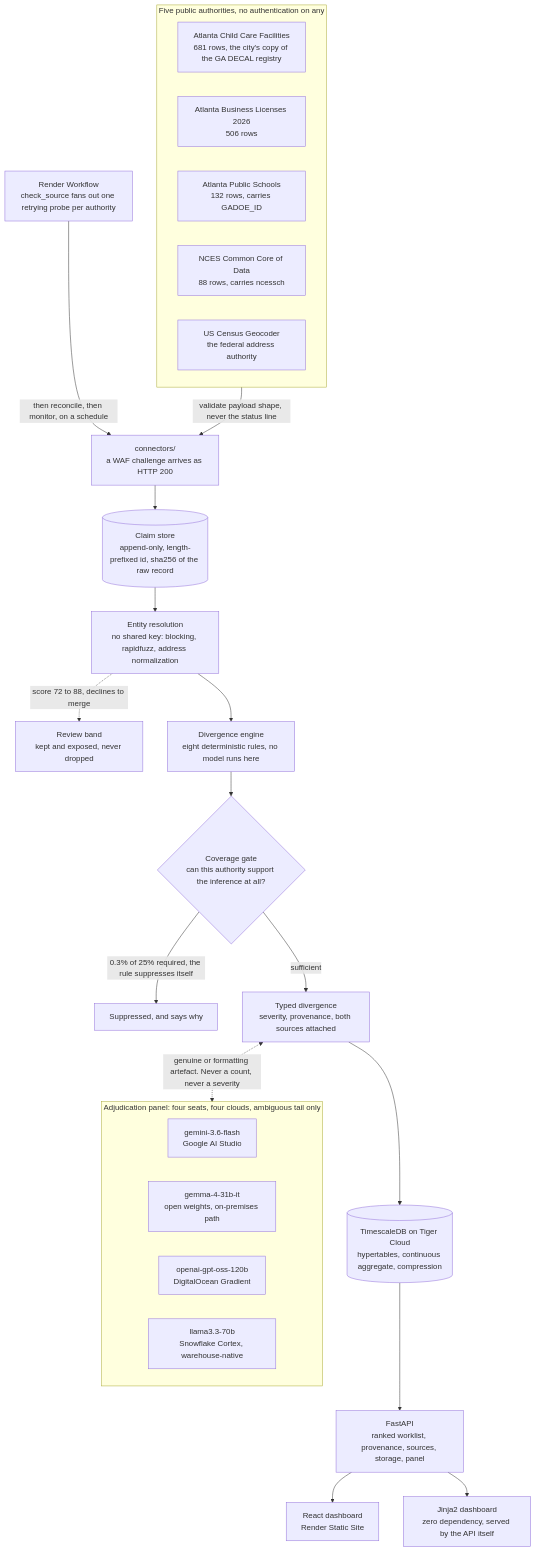
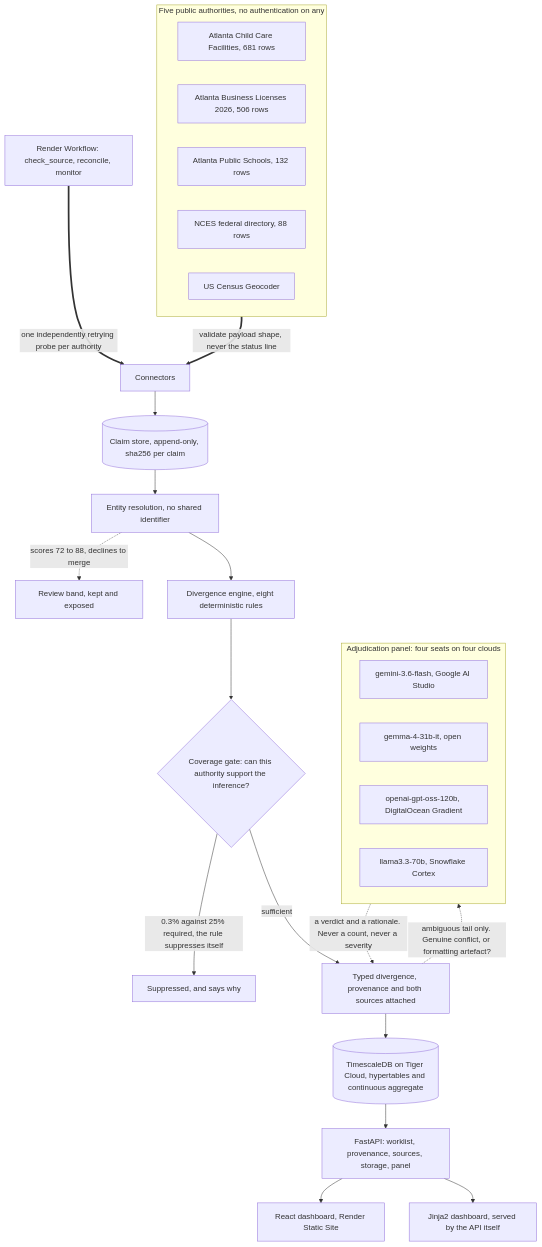
Before and after one commit to StephenSook/throughline: the diagram in README.md, drawn with Mermaid.

Commit message:
fix(readme): the architecture labels rendered as run-on text
GitHub's mermaid renderer strips the <br/> tags in node labels rather than
honouring them, so every two-line label rendered as one run-on string:
"Atlanta Child Care Facilities681 rows", "Render Workflowcheck_source".
Verified by reading the rendered page, not by assuming the syntax was portable.

Rewritten with single-line labels, so the qualifiers now live where they read
better anyway: on the edges, which is where the mechanism actually is. The
model boundary is drawn with dotted edges in both directions, so the one edge
a reader can delete without changing a number on any screen is visible as such.

````diff
--- a/README.md
+++ b/README.md
@@ -112,35 +112,36 @@
 ```mermaid
 flowchart TB
   subgraph SRC["Five public authorities, no authentication on any"]
     direction LR
-    CC["Atlanta Child Care Facilities<br/>681 rows, the city's copy of the GA DECAL registry"]
-    BL["Atlanta Business Licenses 2026<br/>506 rows"]
-    AS["Atlanta Public Schools<br/>132 rows, carries GADOE_ID"]
-    FS["NCES Common Core of Data<br/>88 rows, carries ncessch"]
-    GC["US Census Geocoder<br/>the federal address authority"]
+    CC["Atlanta Child Care Facilities, 681 rows"]
+    BL["Atlanta Business Licenses 2026, 506 rows"]
+    AS["Atlanta Public Schools, 132 rows"]
+    FS["NCES federal directory, 88 rows"]
+    GC["US Census Geocoder"]
   end
 
-  SRC -->|"validate payload shape, never the status line"| CONN["connectors/<br/>a WAF challenge arrives as HTTP 200"]
-  CONN --> STORE[("Claim store<br/>append-only, length-prefixed id, sha256 of the raw record")]
-  STORE --> RES["Entity resolution<br/>no shared key: blocking, rapidfuzz, address normalization"]
-  RES -.->|"score 72 to 88, declines to merge"| BAND["Review band<br/>kept and exposed, never dropped"]
-  RES --> DIV["Divergence engine<br/>eight deterministic rules, no model runs here"]
-  DIV --> GATE{"Coverage gate<br/>can this authority support the inference at all?"}
-  GATE -->|"0.3% of 25% required, the rule suppresses itself"| SUPP["Suppressed, and says why"]
-  GATE -->|"sufficient"| OUT["Typed divergence<br/>severity, provenance, both sources attached"]
-  OUT --> TS[("TimescaleDB on Tiger Cloud<br/>hypertables, continuous aggregate, compression")]
+  WF["Render Workflow: check_source, reconcile, monitor"] ==>|"one independently retrying probe per authority"| CONN
+  SRC ==>|"validate payload shape, never the status line"| CONN["Connectors"]
+  CONN --> STORE[("Claim store, append-only, sha256 per claim")]
+  STORE --> RES["Entity resolution, no shared identifier"]
+  RES -.->|"scores 72 to 88, declines to merge"| BAND["Review band, kept and exposed"]
+  RES --> DIV["Divergence engine, eight deterministic rules"]
+  DIV --> GATE{"Coverage gate: can this authority support the inference?"}
+  GATE -->|"0.3% against 25% required, the rule suppresses itself"| SUPP["Suppressed, and says why"]
+  GATE -->|"sufficient"| OUT["Typed divergence, provenance and both sources attached"]
+  OUT -.->|"ambiguous tail only. Genuine conflict, or formatting artefact?"| PANEL
+  PANEL -.->|"a verdict and a rationale. Never a count, never a severity"| OUT
+  OUT --> TS[("TimescaleDB on Tiger Cloud, hypertables and continuous aggregate")]
 
-  subgraph PANEL["Adjudication panel: four seats, four clouds, ambiguous tail only"]
+  subgraph PANEL["Adjudication panel: four seats on four clouds"]
     direction LR
-    P1["gemini-3.6-flash<br/>Google AI Studio"]
-    P2["gemma-4-31b-it<br/>open weights, on-premises path"]
-    P3["openai-gpt-oss-120b<br/>DigitalOcean Gradient"]
-    P4["llama3.3-70b<br/>Snowflake Cortex, warehouse-native"]
+    P1["gemini-3.6-flash, Google AI Studio"]
+    P2["gemma-4-31b-it, open weights"]
+    P3["openai-gpt-oss-120b, DigitalOcean Gradient"]
+    P4["llama3.3-70b, Snowflake Cortex"]
   end
 
-  OUT <-.->|"genuine or formatting artefact. Never a count, never a severity"| PANEL
-  TS --> API["FastAPI<br/>ranked worklist, provenance, sources, storage, panel"]
-  API --> WEB["React dashboard<br/>Render Static Site"]
-  API --> JIN["Jinja2 dashboard<br/>zero dependency, served by the API itself"]
-  WF["Render Workflow<br/>check_source fans out one retrying probe per authority"] -->|"then reconcile, then monitor, on a schedule"| CONN
+  TS --> API["FastAPI: worklist, provenance, sources, storage, panel"]
+  API --> WEB["React dashboard, Render Static Site"]
+  API --> JIN["Jinja2 dashboard, served by the API itself"]
 ```
````
